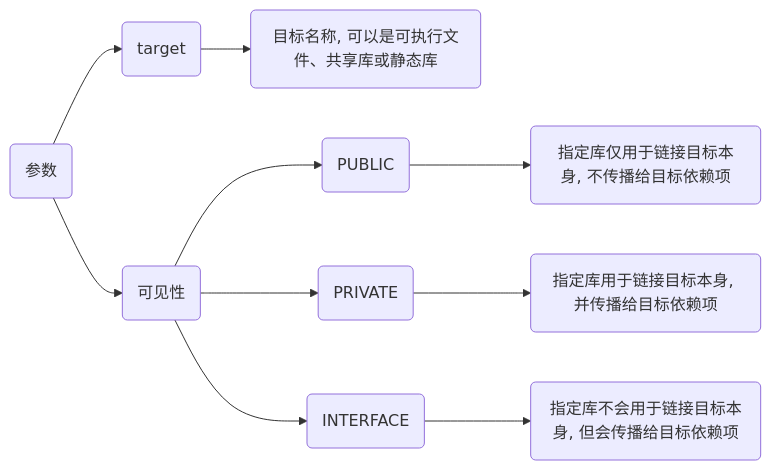
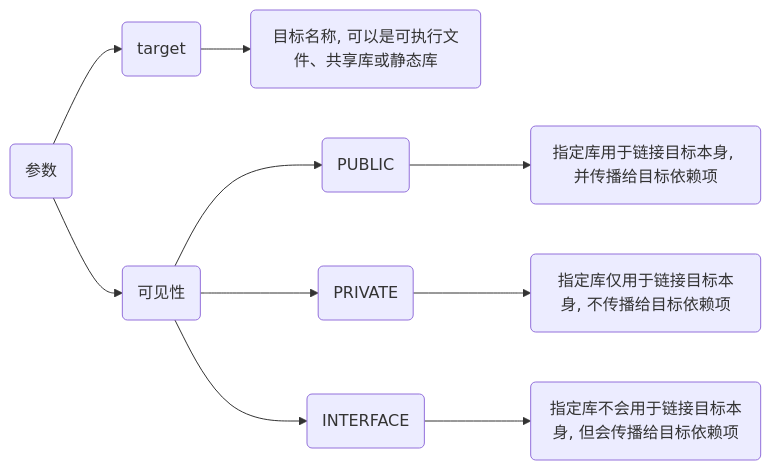
One commit to dmjcb/dmjcb.github.io changed the fifth of 7 diagrams in _posts/software/build_tool/cmake/2024-11-09-语法.md. Above: the diagram before and after it, drawn with Mermaid. The commit also changed other lines of this file and 33 other files, not shown here.

````diff
--- a/_posts/software/build_tool/cmake/2024-11-09-语法.md
+++ b/_posts/software/build_tool/cmake/2024-11-09-语法.md
@@ -151,9 +290,9 @@
 ```mermaid
 graph LR
     P(参数)
     P-->A(target)-->A1(目标名称, 可以是可执行文件、共享库或静态库)
     P-->D1(可见性)
-        D1-->D11(PUBLIC)-->D111(指定库仅用于链接目标本身, 不传播给目标依赖项)
-        D1-->D12(PRIVATE)-->D121(指定库用于链接目标本身, 并传播给目标依赖项)
+        D1-->D11(PUBLIC)-->D111(指定库用于链接目标本身, 并传播给目标依赖项)
+        D1-->D12(PRIVATE)-->D121(指定库仅用于链接目标本身, 不传播给目标依赖项)
         D1-->D13(INTERFACE)-->D131(指定库不会用于链接目标本身, 但会传播给目标依赖项)
 ```
````
